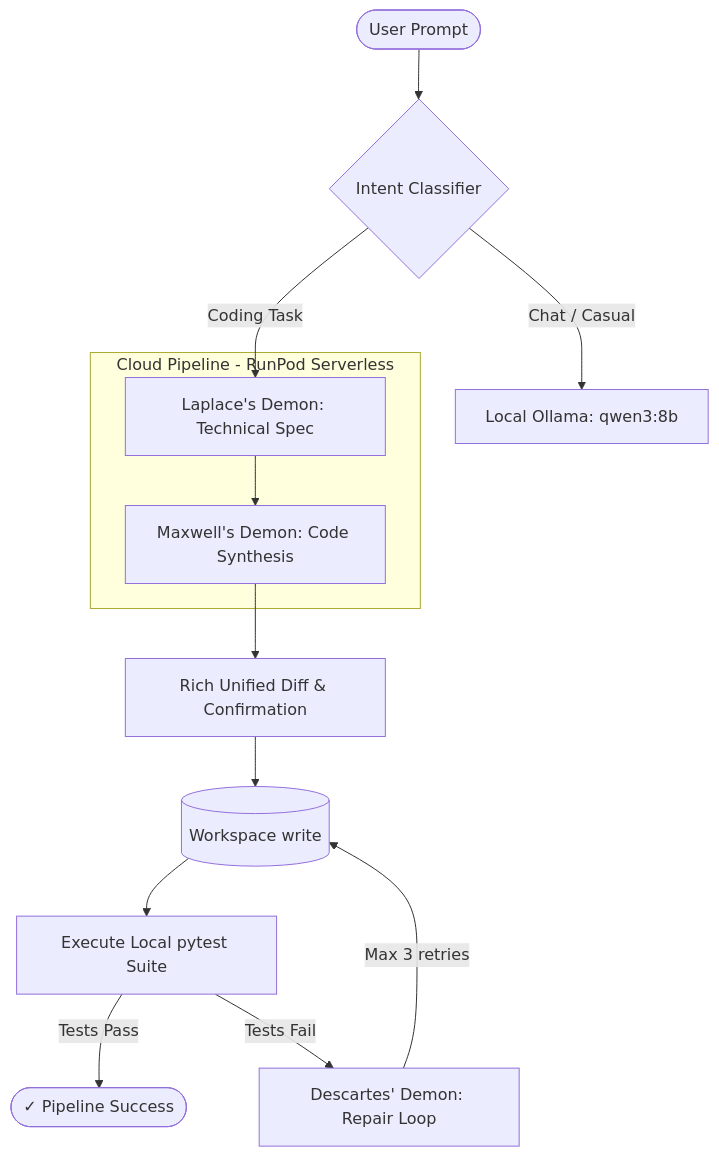
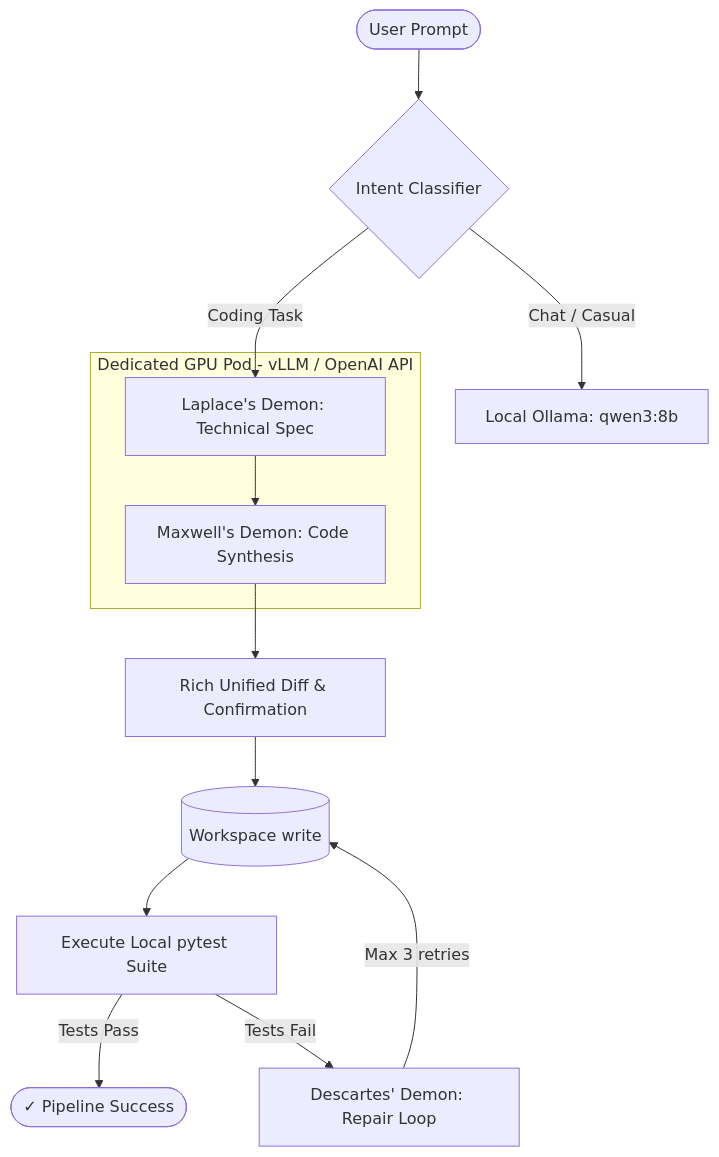
One commit to Aidilzin/Firmamentum changed the diagram in README.md. Above: the diagram before and after it, drawn with Mermaid. The commit also changed other lines of this file and 2 other files, not shown here.

Commit message:
refactor: transition cloud agent pipeline to persistent GPU Pod endpoint

````diff
--- a/README.md
+++ b/README.md
@@ -36,18 +37,18 @@
 ```mermaid
 flowchart TD
     User([User Prompt]) --> Classify{Intent Classifier}
     Classify -->|Chat / Casual| LocalLLM[Local Ollama: qwen3:8b]
     Classify -->|Coding Task| Laplace[Laplace's Demon: Technical Spec]
 
-    subgraph Cloud Pipeline - RunPod Serverless
+    subgraph Dedicated GPU Pod - vLLM / OpenAI API
         Laplace --> Maxwell[Maxwell's Demon: Code Synthesis]
     end
 
     Maxwell --> DiffPreview[Rich Unified Diff & Confirmation]
     DiffPreview --> Workspace[(Workspace write)]
     Workspace --> PytestExecution[Execute Local pytest Suite]
 
     PytestExecution -->|Tests Pass| Success([✓ Pipeline Success])
     PytestExecution -->|Tests Fail| Descartes[Descartes' Demon: Repair Loop]
     Descartes -->|Max 3 retries| Workspace
 ```
````
